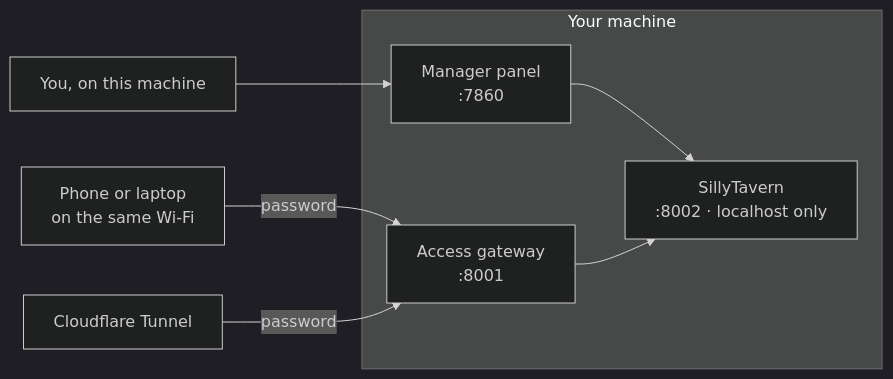
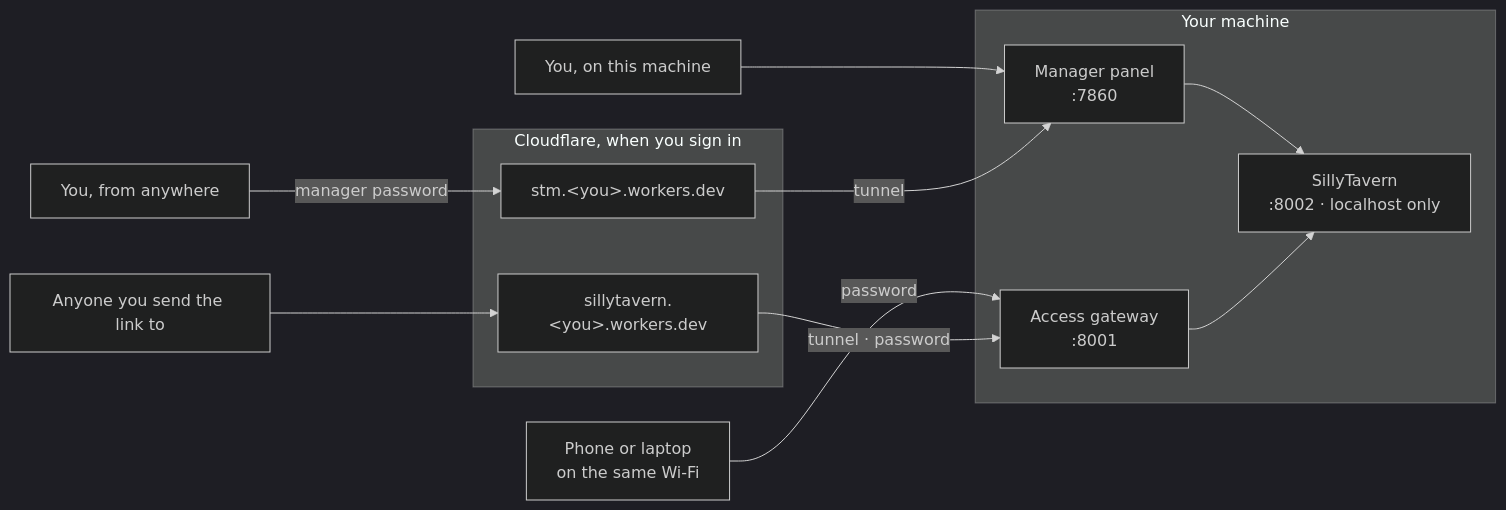
One commit to locmaymo/stm changed the diagram in README.md. Above: the diagram before and after it, drawn with Mermaid (dark theme). The commit also changed other lines of this file and 27 other files, not shown here.

````diff
--- a/README.md
+++ b/README.md
@@ -300,13 +302,20 @@
 ```mermaid
 flowchart LR
   subgraph machine["Your machine"]
     M["Manager panel<br/>:7860"]
     G["Access gateway<br/>:8001"]
     S["SillyTavern<br/>:8002 · localhost only"]
     M --> S
     G --> S
   end
+  subgraph cf["Cloudflare, when you sign in"]
+    WS["sillytavern.&lt;you&gt;.workers.dev"]
+    WM["stm.&lt;you&gt;.workers.dev"]
+  end
   A["You, on this machine"] --> M
   B["Phone or laptop<br/>on the same Wi-Fi"] -- password --> G
-  C["Cloudflare Tunnel"] -- password --> G
+  C["Anyone you send the link to"] --> WS
+  D["You, from anywhere"] -- manager password --> WM
+  WS -- tunnel · password --> G
+  WM -- tunnel --> M
 ```
````
